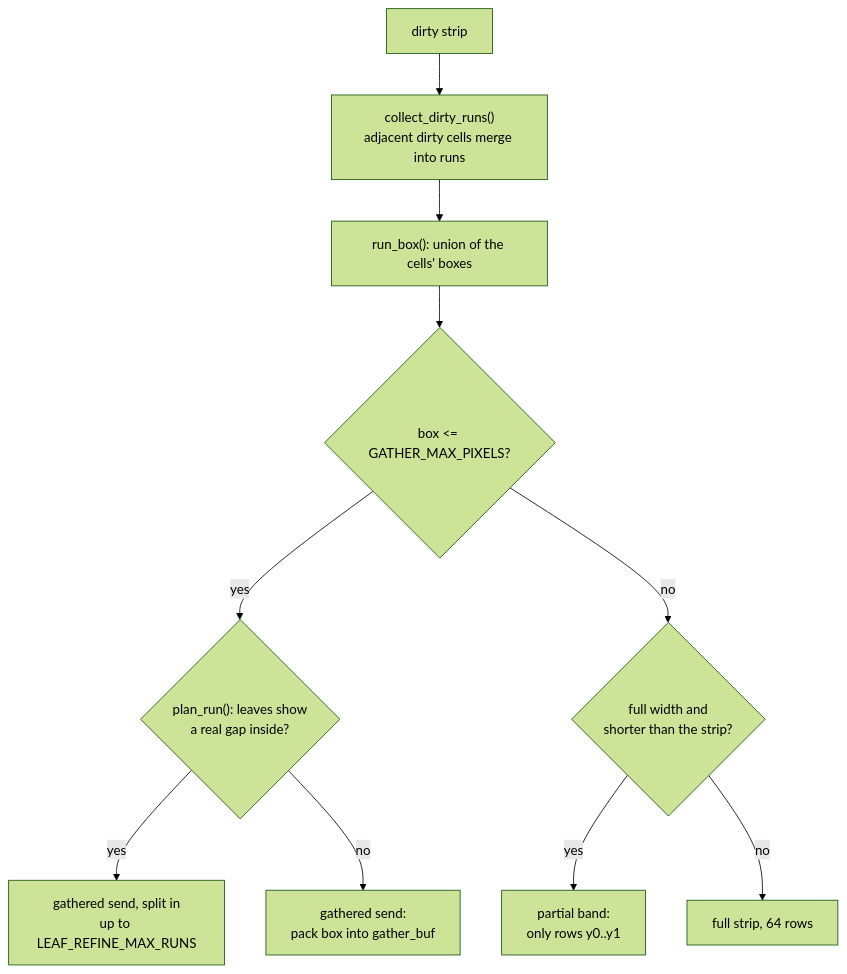
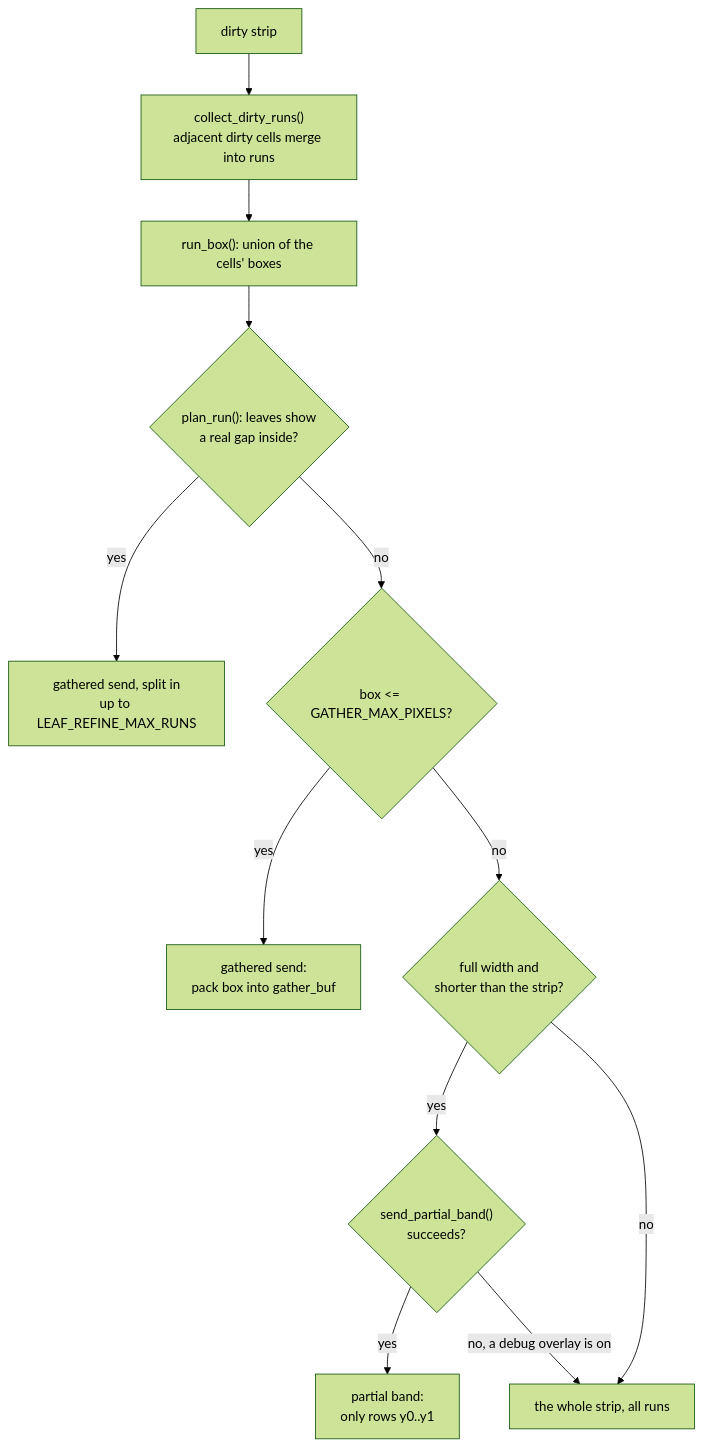
The second of 4 diagrams in docs/Gfx-and-Presentation.md (jose-villegas/autana), drawn with Mermaid (forest theme) before and after one commit. The commit also changed 5 other files, not shown here.

````diff
--- a/docs/Gfx-and-Presentation.md
+++ b/docs/Gfx-and-Presentation.md
@@ -103,12 +103,14 @@
 ```mermaid
 flowchart TB
     ROW["dirty strip"] --> RUNS["collect_dirty_runs()<br/>adjacent dirty cells merge into runs"]
     RUNS --> BOX["run_box(): union of the cells' boxes"]
-    BOX --> FIT{"box <= GATHER_MAX_PIXELS?"}
-    FIT -->|yes| LEAF{"plan_run(): leaves show<br/>a real gap inside?"}
+    BOX --> LEAF{"plan_run(): leaves show<br/>a real gap inside?"}
     LEAF -->|yes| SPLIT["gathered send, split in<br/>up to LEAF_REFINE_MAX_RUNS"]
-    LEAF -->|no| GATHER["gathered send:<br/>pack box into gather_buf"]
+    LEAF -->|no| FIT{"box <= GATHER_MAX_PIXELS?"}
+    FIT -->|yes| GATHER["gathered send:<br/>pack box into gather_buf"]
     FIT -->|no| FULLW{"full width and<br/>shorter than the strip?"}
-    FULLW -->|yes| PART["partial band:<br/>only rows y0..y1"]
-    FULLW -->|no| FULL["full strip, 64 rows"]
+    FULLW -->|yes| PARTOK{"send_partial_band()<br/>succeeds?"}
+    PARTOK -->|yes| PART["partial band:<br/>only rows y0..y1"]
+    PARTOK -->|no, a debug overlay is on| FULL
+    FULLW -->|no| FULL["the whole strip, all runs"]
 ```
````
